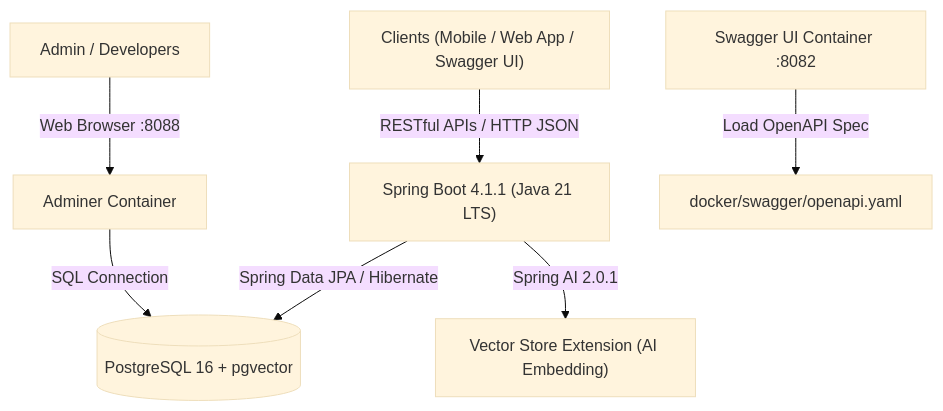
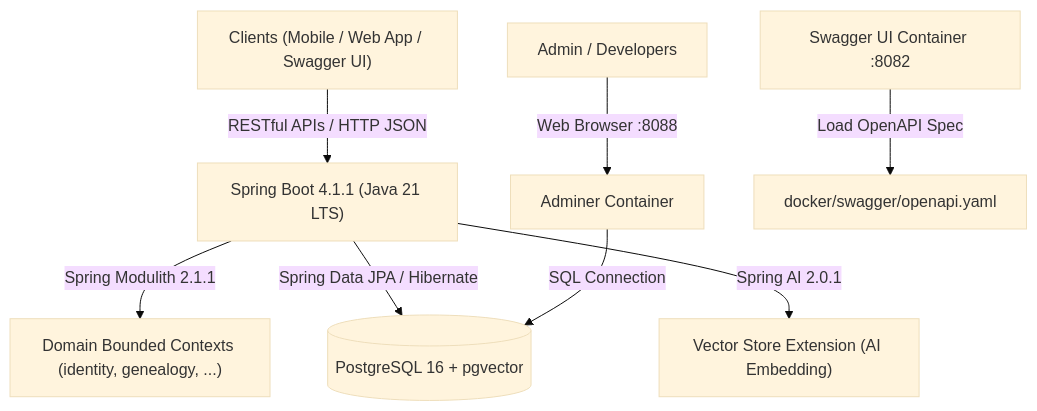
One commit to DonThuanUIT/family-management-backend changed the diagram in docs/architecture/01-system-architecture.md. Above: the diagram before and after it, drawn with Mermaid (base theme). The commit also changed other lines of this file and 8 other files, not shown here.

````diff
--- a/docs/architecture/01-system-architecture.md
+++ b/docs/architecture/01-system-architecture.md
@@ -20,9 +20,10 @@
 ```mermaid
 graph TD
     Client["Clients (Mobile / Web App / Swagger UI)"] -->|RESTful APIs / HTTP JSON| SBApp["Spring Boot 4.1.1 (Java 21 LTS)"]
+    SBApp -->|Spring Modulith 2.1.1| Modules["Domain Bounded Contexts (identity, genealogy, ...)"]
     SBApp -->|Spring Data JPA / Hibernate| PG[("PostgreSQL 16 + pgvector")]
     SBApp -->|Spring AI 2.0.1| VectorExt["Vector Store Extension (AI Embedding)"]
     Admin["Admin / Developers"] -->|Web Browser :8088| Adminer["Adminer Container"]
     Adminer -->|SQL Connection| PG
     SwaggerUI["Swagger UI Container :8082"] -->|Load OpenAPI Spec| Spec["docker/swagger/openapi.yaml"]
 ```
````
